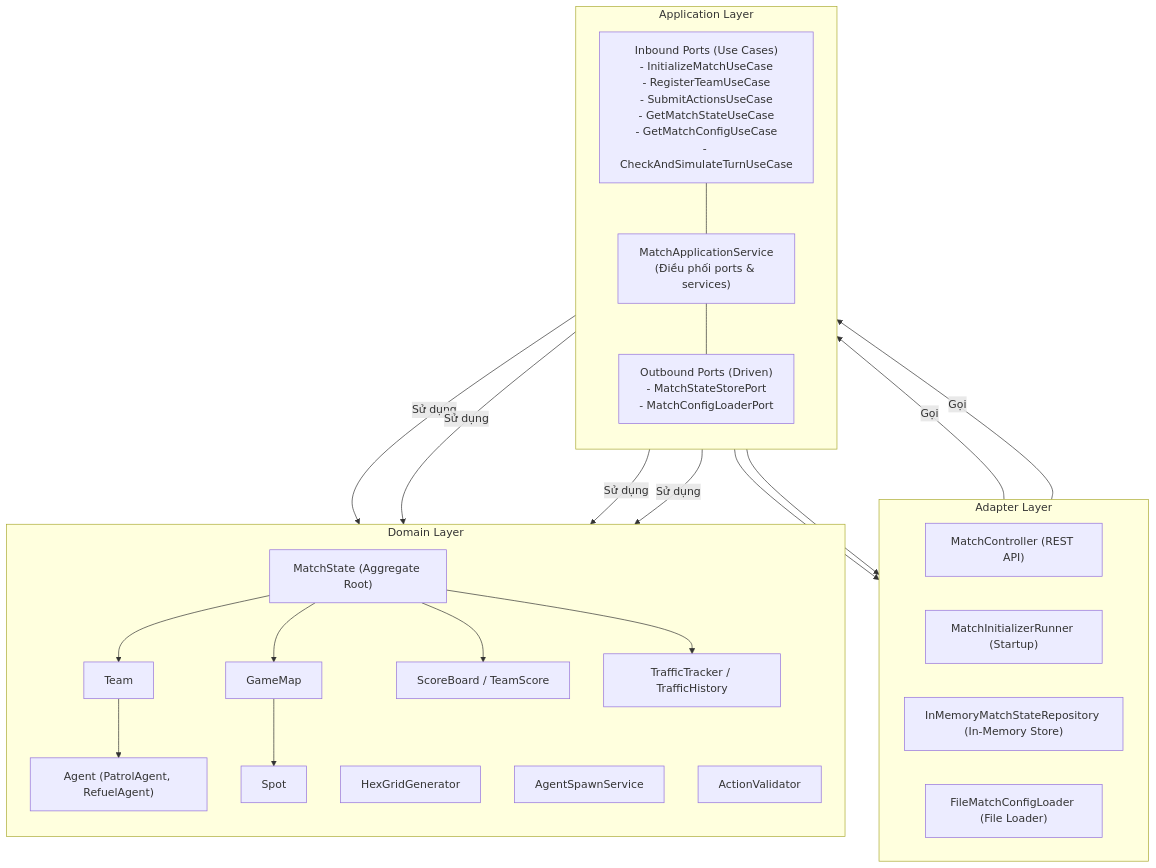
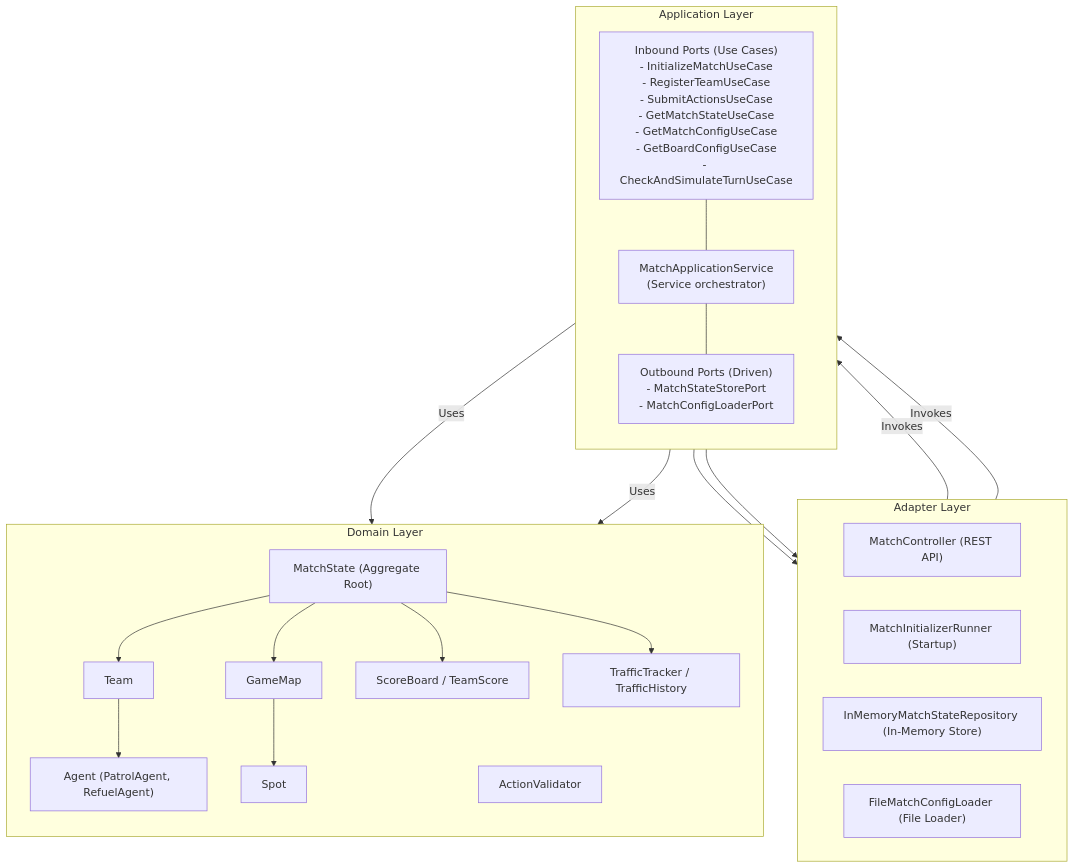
Before and after one commit to thing-or-think/hexudon: the first of 2 diagrams in README.md, drawn with Mermaid. The commit also changed other lines of this file and 70 other files, not shown here.

Commit message:
feat!: extract Hexudon SDK, add board config API, and remove monitor module

````diff
--- a/README.md
+++ b/README.md
@@ -71,56 +27,49 @@
 ```mermaid
 graph TD
-    %% Định nghĩa các lớp
+    %% Layers representation
     subgraph Adapter Layer
         direction LR
         REST["MatchController (REST API)"]
         InitRunner["MatchInitializerRunner (Startup)"]
         InMemoryRepo["InMemoryMatchStateRepository (In-Memory Store)"]
         ConfigLoader["FileMatchConfigLoader (File Loader)"]
     end
 
     subgraph Application Layer
         direction TB
-        %% Use cases / Ports
-        UseCases["Inbound Ports (Use Cases)<br>- InitializeMatchUseCase<br>- RegisterTeamUseCase<br>- SubmitActionsUseCase<br>- GetMatchStateUseCase<br>- GetMatchConfigUseCase<br>- CheckAndSimulateTurnUseCase"]
+        UseCases["Inbound Ports (Use Cases)<br>- InitializeMatchUseCase<br>- RegisterTeamUseCase<br>- SubmitActionsUseCase<br>- GetMatchStateUseCase<br>- GetMatchConfigUseCase<br>- GetBoardConfigUseCase<br>- CheckAndSimulateTurnUseCase"]
         OutPorts["Outbound Ports (Driven)<br>- MatchStateStorePort<br>- MatchConfigLoaderPort"]
-        AppService["MatchApplicationService<br>(Điều phối ports & services)"]
+        AppService["MatchApplicationService<br>(Service orchestrator)"]
     end
 
     subgraph Domain Layer
         direction TB
-        %% Domain model
         AggRoot["MatchState (Aggregate Root)"]
         TeamObj["Team"]
         AgentObj["Agent (PatrolAgent, RefuelAgent)"]
         GameMapObj["GameMap"]
         SpotObj["Spot"]
         ScoreObj["ScoreBoard / TeamScore"]
         TrafficObj["TrafficTracker / TrafficHistory"]
         
-        %% Domain Services
-        GridGen["HexGridGenerator"]
-        SpawnSrv["AgentSpawnService"]
         ActVal["ActionValidator"]
     end
 
-    %% Ráp nối
-    REST --> |Gọi| UseCases
-    InitRunner --> |Gọi| UseCases
+    %% Wiring
+    REST --> |Invokes| UseCases
+    InitRunner --> |Invokes| UseCases
     UseCases --- AppService
     AppService --- OutPorts
     OutPorts --> InMemoryRepo
     OutPorts --> ConfigLoader
 
-    AppService --> |Sử dụng| AggRoot
-    AppService --> |Sử dụng| GridGen
-    AppService --> |Sử dụng| SpawnSrv
-    AppService --> |Sử dụng| ActVal
+    AppService --> |Uses| AggRoot
+    AppService --> |Uses| ActVal
 
     AggRoot --> TeamObj
     AggRoot --> GameMapObj
     AggRoot --> ScoreObj
     AggRoot --> TrafficObj
     TeamObj --> AgentObj
     GameMapObj --> SpotObj
 ```
````
